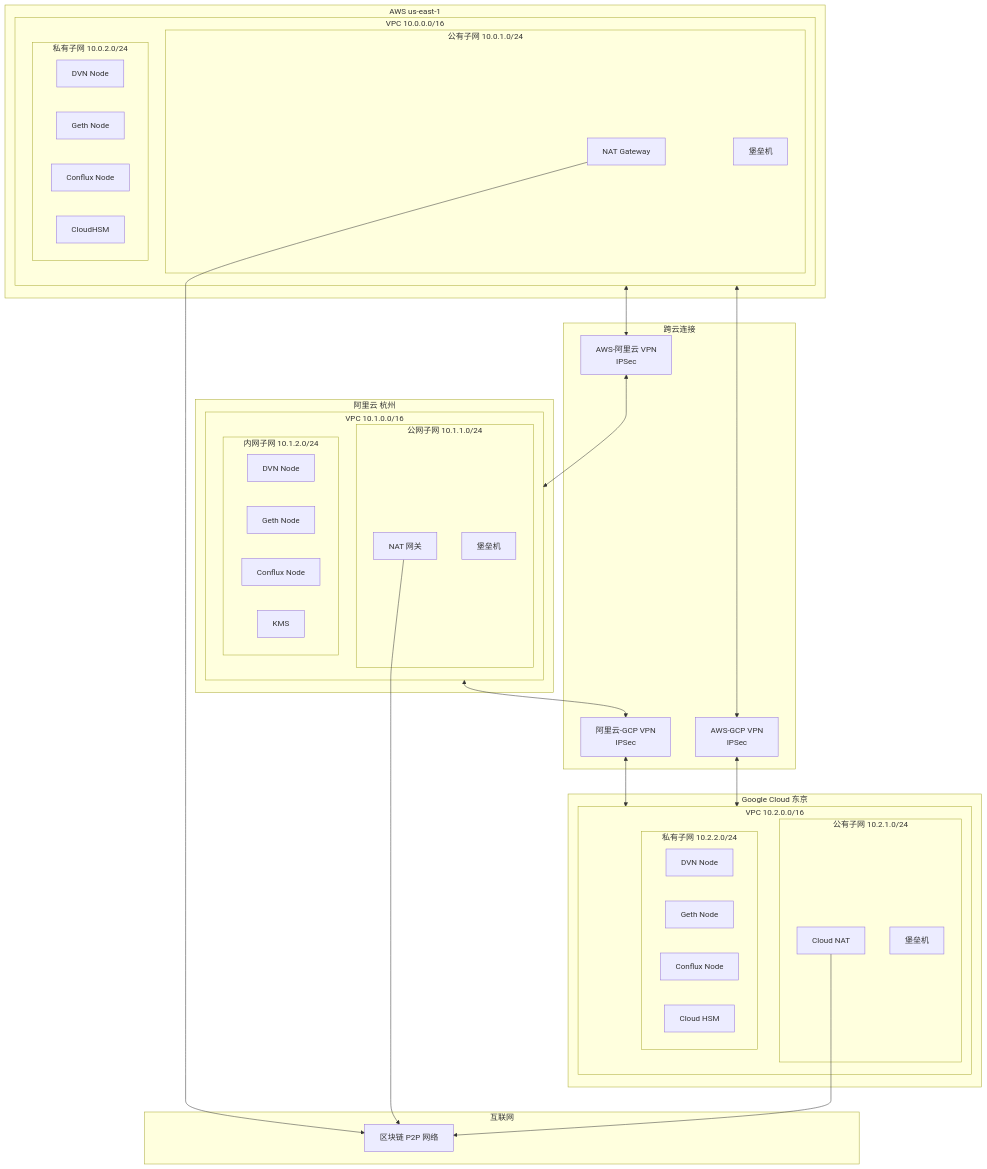
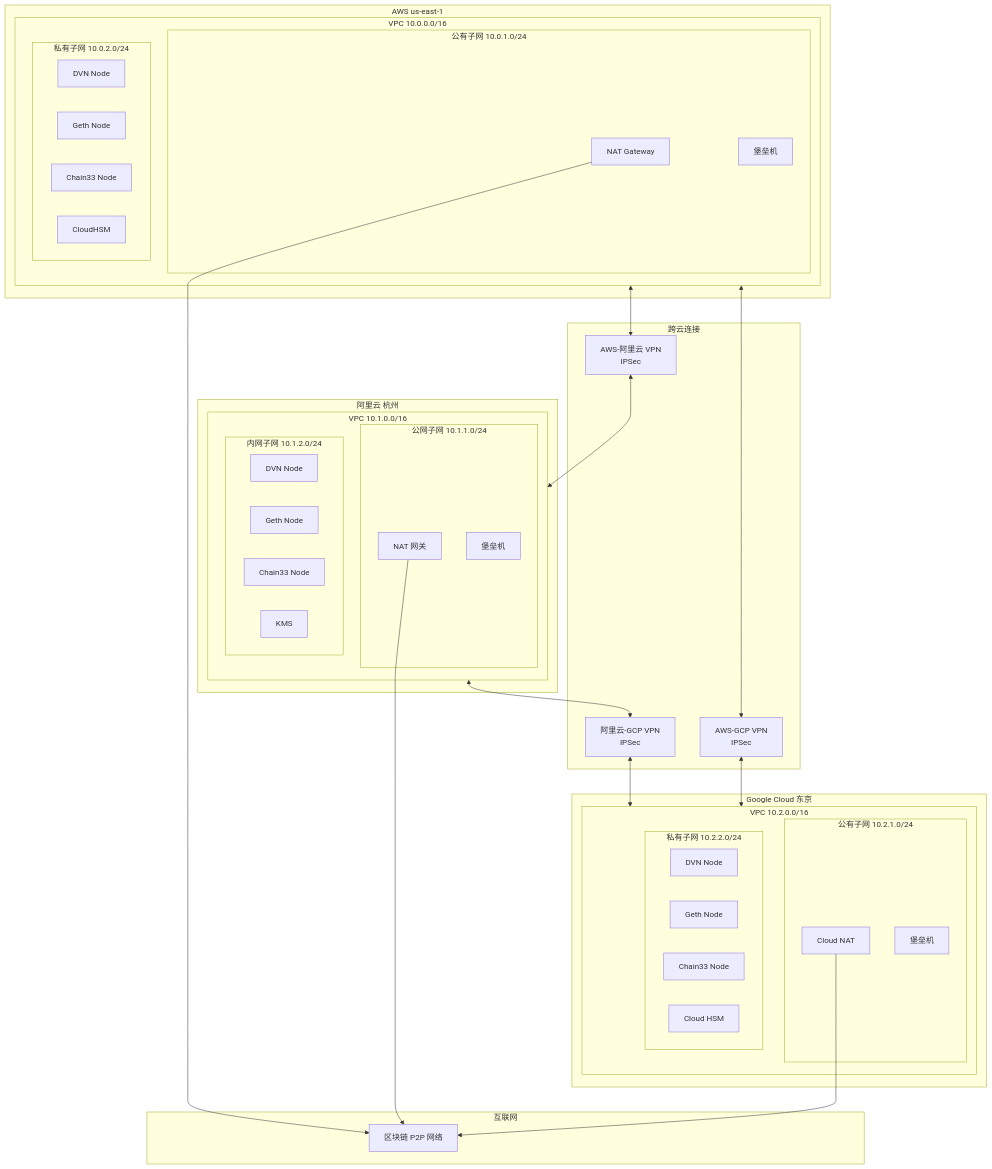
Before and after one commit to vipwzw/blockchain-doc: the first of 4 diagrams in LayerZero_跨链部署方案/06_网络架构.md, drawn with Mermaid. The commit also changed other lines of this file and 9 other files, not shown here.

First line of the commit message:
refactor(LayerZero): 将 Conflux/CFX 替换为 Chain33/Coin33

````diff
--- a/LayerZero_跨链部署方案/06_网络架构.md
+++ b/LayerZero_跨链部署方案/06_网络架构.md
@@ -5,65 +5,65 @@
 ```mermaid
 flowchart TB
     subgraph Internet["互联网"]
         P2P[区块链 P2P 网络]
     end
 
     subgraph AWS["AWS us-east-1"]
         subgraph AWSVPC["VPC 10.0.0.0/16"]
             subgraph AWSPublic["公有子网 10.0.1.0/24"]
                 AWSNAT[NAT Gateway]
                 AWSBastion[堡垒机]
             end
             subgraph AWSPrivate["私有子网 10.0.2.0/24"]
                 AWSDVN[DVN Node]
                 AWSETH[Geth Node]
-                AWSCFX[Conflux Node]
+                AWSCoin33[Chain33 Node]
                 AWSHSM[CloudHSM]
             end
         end
     end
 
     subgraph Aliyun["阿里云 杭州"]
         subgraph AliVPC["VPC 10.1.0.0/16"]
             subgraph AliPublic["公网子网 10.1.1.0/24"]
                 AliNAT[NAT 网关]
                 AliBastion[堡垒机]
             end
             subgraph AliPrivate["内网子网 10.1.2.0/24"]
                 AliDVN[DVN Node]
                 AliETH[Geth Node]
-                AliCFX[Conflux Node]
+                AliCoin33[Chain33 Node]
                 AliHSM[KMS]
             end
         end
     end
 
     subgraph GCP["Google Cloud 东京"]
         subgraph GCPVPC["VPC 10.2.0.0/16"]
             subgraph GCPPublic["公有子网 10.2.1.0/24"]
                 GCPNAT[Cloud NAT]
                 GCPBastion[堡垒机]
             end
             subgraph GCPPrivate["私有子网 10.2.2.0/24"]
                 GCPDVN[DVN Node]
                 GCPETH[Geth Node]
-                GCPCFX[Conflux Node]
+                GCPCoin33[Chain33 Node]
                 GCPHSM[Cloud HSM]
             end
         end
     end
 
     subgraph CrossCloud["跨云连接"]
         VPN12[AWS-阿里云 VPN<br/>IPSec]
         VPN23[阿里云-GCP VPN<br/>IPSec]
         VPN13[AWS-GCP VPN<br/>IPSec]
     end
 
     AWSNAT --> P2P
     AliNAT --> P2P
     GCPNAT --> P2P
 
     AWSVPC <--> VPN12 <--> AliVPC
     AliVPC <--> VPN23 <--> GCPVPC
     AWSVPC <--> VPN13 <--> GCPVPC
 ```
````
